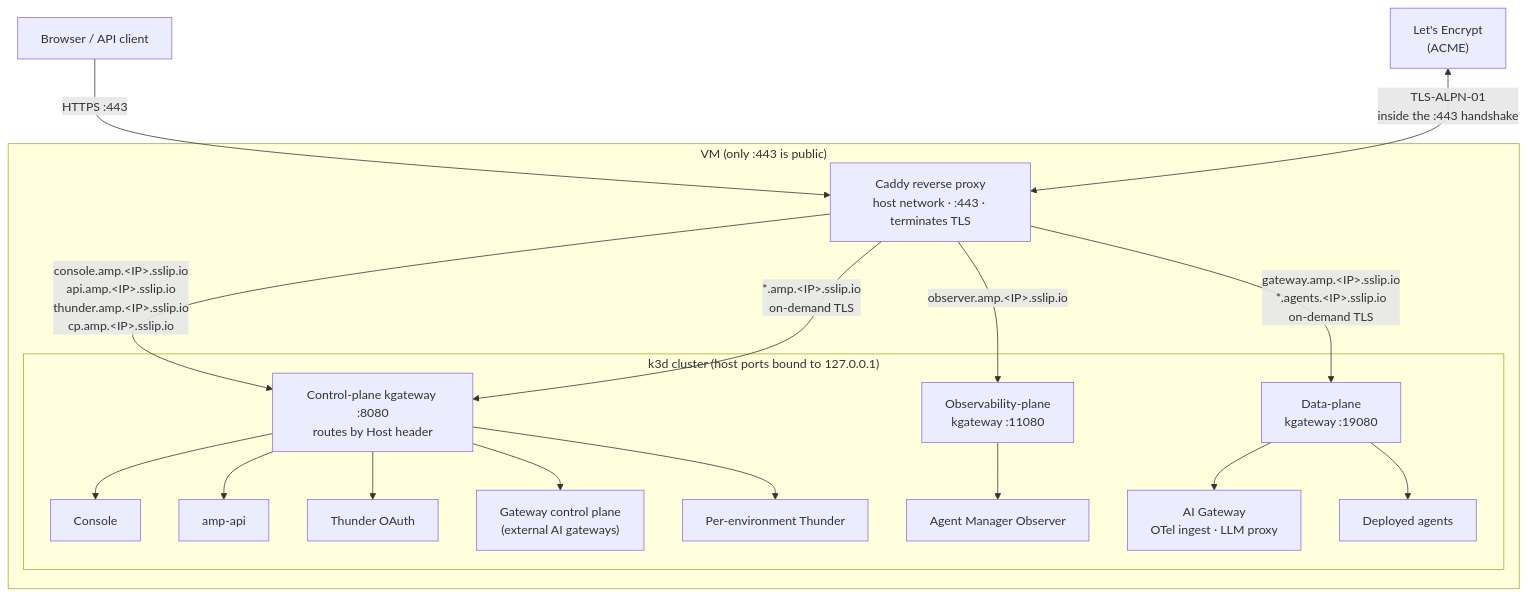
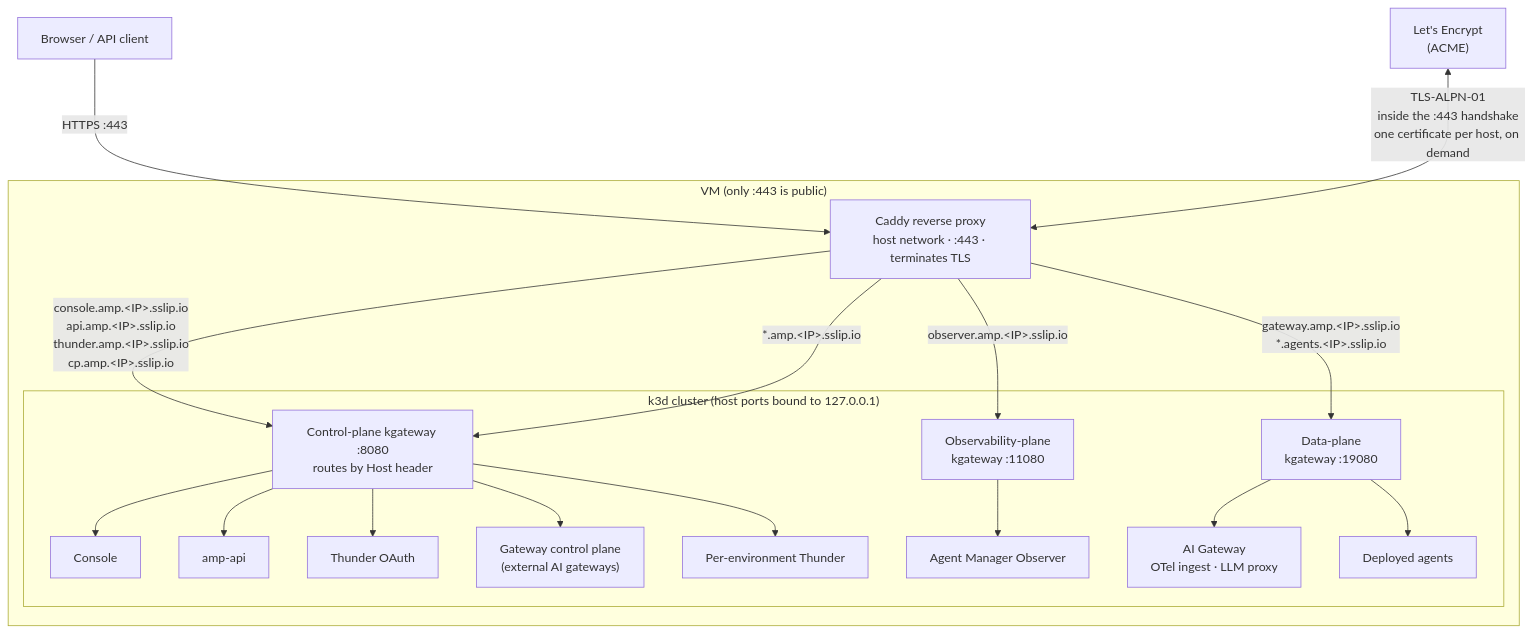
One commit to IsuruVithanage/docs-agent-platform changed the first of 3 diagrams in docs/guides/on-a-vm.mdx. Above: the diagram before and after it, drawn with Mermaid. The commit also changed other lines of this file, not shown here.

````diff
--- a/docs/guides/on-a-vm.mdx
+++ b/docs/guides/on-a-vm.mdx
@@ -97,39 +97,39 @@
 ```mermaid
 flowchart TB
     browser["Browser / API client"]
     le["Let's Encrypt<br/>(ACME)"]
 
     subgraph vm["VM (only :443 is public)"]
         caddy["Caddy reverse proxy<br/>host network · :443 · terminates TLS"]
 
         subgraph k3d["k3d cluster (host ports bound to 127.0.0.1)"]
             cpgw["Control-plane kgateway :8080<br/>routes by Host header"]
             opgw["Observability-plane<br/>kgateway :11080"]
             dpgw["Data-plane<br/>kgateway :19080"]
 
             console["Console"]
             api["amp-api"]
             thunder["Thunder OAuth"]
             cp["Gateway control plane<br/>(external AI gateways)"]
             envthunder["Per-environment Thunder"]
             observer["Agent Manager Observer"]
             gw["AI Gateway<br/>OTel ingest · LLM proxy"]
             agents["Deployed agents"]
         end
     end
 
     browser -->|"HTTPS :443"| caddy
-    le <-->|"TLS-ALPN-01<br/>inside the :443 handshake"| caddy
+    le <-->|"TLS-ALPN-01<br/>inside the :443 handshake<br/>one certificate per host, on demand"| caddy
     caddy -->|"console.amp.&lt;IP&gt;.sslip.io<br/>api.amp.&lt;IP&gt;.sslip.io<br/>thunder.amp.&lt;IP&gt;.sslip.io<br/>cp.amp.&lt;IP&gt;.sslip.io"| cpgw
-    caddy -->|"*.amp.&lt;IP&gt;.sslip.io<br/>on-demand TLS"| cpgw
+    caddy -->|"*.amp.&lt;IP&gt;.sslip.io"| cpgw
     caddy -->|"observer.amp.&lt;IP&gt;.sslip.io"| opgw
-    caddy -->|"gateway.amp.&lt;IP&gt;.sslip.io<br/>*.agents.&lt;IP&gt;.sslip.io<br/>on-demand TLS"| dpgw
+    caddy -->|"gateway.amp.&lt;IP&gt;.sslip.io<br/>*.agents.&lt;IP&gt;.sslip.io"| dpgw
     cpgw --> console
     cpgw --> api
     cpgw --> thunder
     cpgw --> cp
     cpgw --> envthunder
     opgw --> observer
     dpgw --> gw
     dpgw --> agents
 ```
````
